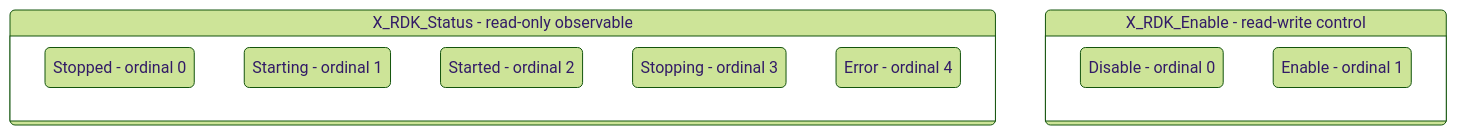
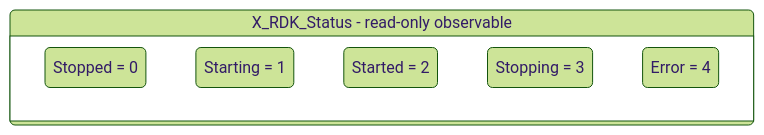
The third of 4 diagrams in docs/pages/halSpec.md (Blitzy-Sky/telco-voice-manager), drawn with Mermaid (forest theme) before and after one commit. The commit also changed other lines of this file and 1 other file, not shown here.

First line of the commit message:
docs: split the Telco Voice HAL state diagram and unify sequence arrows

````diff
--- a/docs/pages/halSpec.md
+++ b/docs/pages/halSpec.md
@@ -659,14 +656,10 @@
 ```mermaid
 stateDiagram-v2
     state "X_RDK_Status - read-only observable" as observable {
-        state "Stopped - ordinal 0" as v0
-        state "Starting - ordinal 1" as v1
-        state "Started - ordinal 2" as v2
-        state "Stopping - ordinal 3" as v3
-        state "Error - ordinal 4" as v4
-    }
-    state "X_RDK_Enable - read-write control" as control {
-        state "Disable - ordinal 0" as c0
-        state "Enable - ordinal 1" as c1
+        state "Stopped = 0" as v0
+        state "Starting = 1" as v1
+        state "Started = 2" as v2
+        state "Stopping = 3" as v3
+        state "Error = 4" as v4
     }
 ```
````
